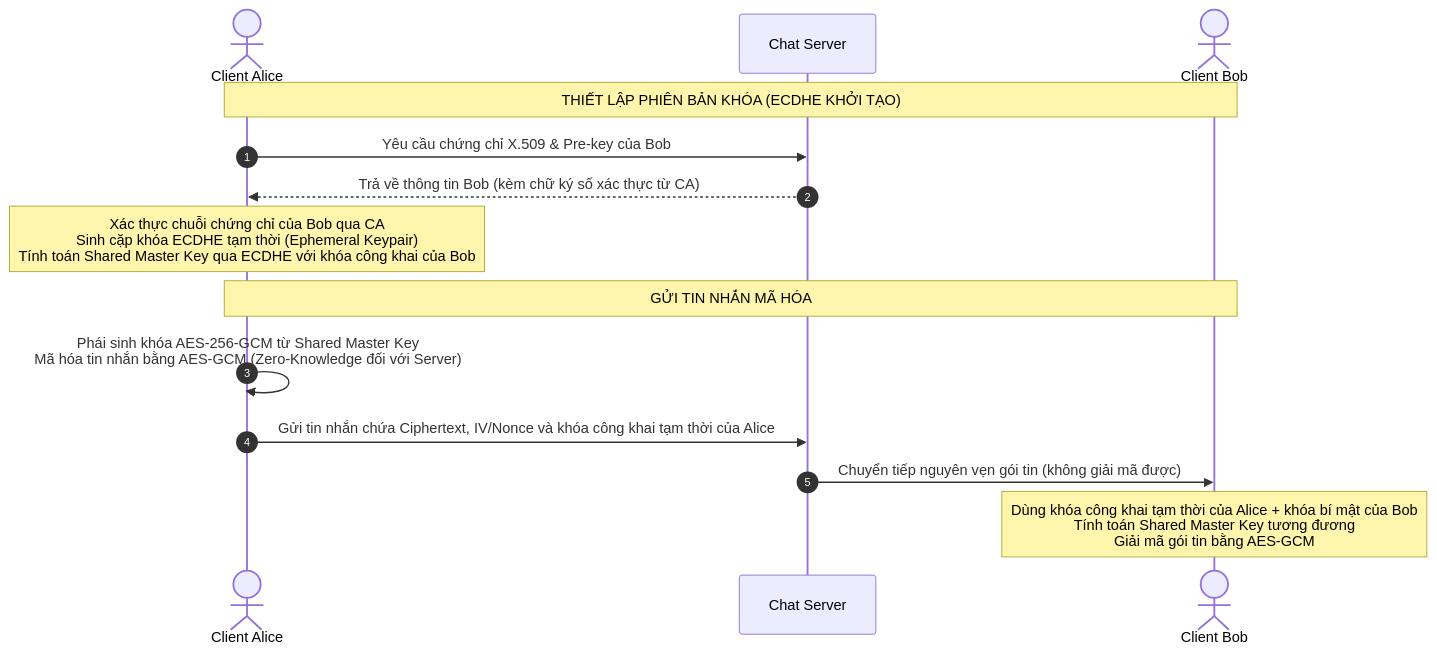
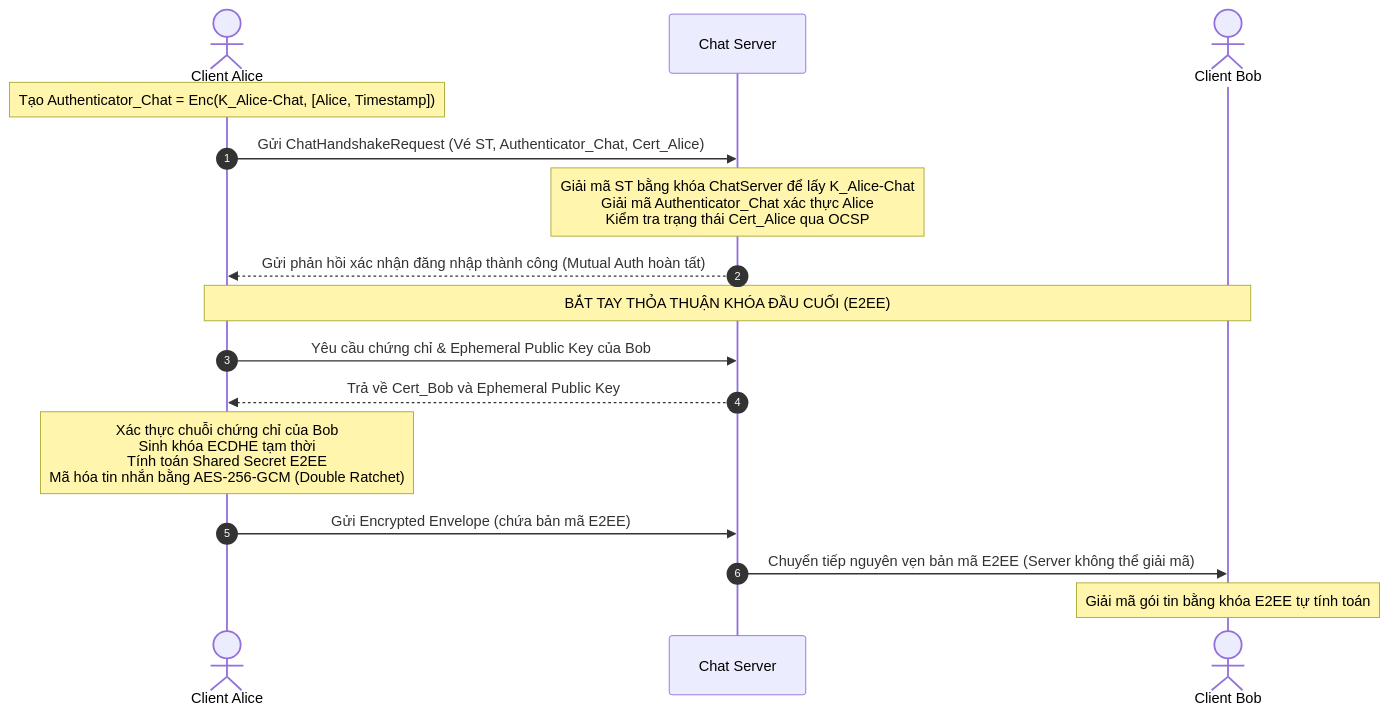
One commit to zeus058/MHUD_LAB changed the fifth of 5 diagrams in README.md. Above: the diagram before and after it, drawn with Mermaid. The commit also changed other lines of this file, not shown here.

````diff
--- a/README.md
+++ b/README.md
@@ -188,18 +267,20 @@
 ```mermaid
 sequenceDiagram
     autonumber
     actor Alice as Client Alice
     participant Chat as Chat Server
     actor Bob as Client Bob
     
-    Note over Alice, Bob: THIẾT LẬP PHIÊN BẢN KHÓA (ECDHE KHỞI TẠO)
-    Alice->>Chat: Yêu cầu chứng chỉ X.509 & Pre-key của Bob
-    Chat-->>Alice: Trả về thông tin Bob (kèm chữ ký số xác thực từ CA)
-    Note over Alice: Xác thực chuỗi chứng chỉ của Bob qua CA<br/>Sinh cặp khóa ECDHE tạm thời (Ephemeral Keypair)<br/>Tính toán Shared Master Key qua ECDHE với khóa công khai của Bob
+    Note over Alice: Tạo Authenticator_Chat = Enc(K_Alice-Chat, [Alice, Timestamp])
+    Alice->>Chat: Gửi ChatHandshakeRequest (Vé ST, Authenticator_Chat, Cert_Alice)
+    Note over Chat: Giải mã ST bằng khóa ChatServer để lấy K_Alice-Chat<br/>Giải mã Authenticator_Chat xác thực Alice<br/>Kiểm tra trạng thái Cert_Alice qua OCSP
+    Chat-->>Alice: Gửi phản hồi xác nhận đăng nhập thành công (Mutual Auth hoàn tất)
     
-    Note over Alice, Bob: GỬI TIN NHẮN MÃ HÓA
-    Alice->>Alice: Phái sinh khóa AES-256-GCM từ Shared Master Key<br/>Mã hóa tin nhắn bằng AES-GCM (Zero-Knowledge đối với Server)
-    Alice->>Chat: Gửi tin nhắn chứa Ciphertext, IV/Nonce và khóa công khai tạm thời của Alice
-    Chat->>Bob: Chuyển tiếp nguyên vẹn gói tin (không giải mã được)
-    Note over Bob: Dùng khóa công khai tạm thời của Alice + khóa bí mật của Bob<br/>Tính toán Shared Master Key tương đương<br/>Giải mã gói tin bằng AES-GCM
+    Note over Alice, Bob: BẮT TAY THỎA THUẬN KHÓA ĐẦU CUỐI (E2EE)
+    Alice->>Chat: Yêu cầu chứng chỉ & Ephemeral Public Key của Bob
+    Chat-->>Alice: Trả về Cert_Bob và Ephemeral Public Key
+    Note over Alice: Xác thực chuỗi chứng chỉ của Bob<br/>Sinh khóa ECDHE tạm thời<br/>Tính toán Shared Secret E2EE<br/>Mã hóa tin nhắn bằng AES-256-GCM (Double Ratchet)
+    Alice->>Chat: Gửi Encrypted Envelope (chứa bản mã E2EE)
+    Chat->>Bob: Chuyển tiếp nguyên vẹn bản mã E2EE (Server không thể giải mã)
+    Note over Bob: Giải mã gói tin bằng khóa E2EE tự tính toán
 ```
````
